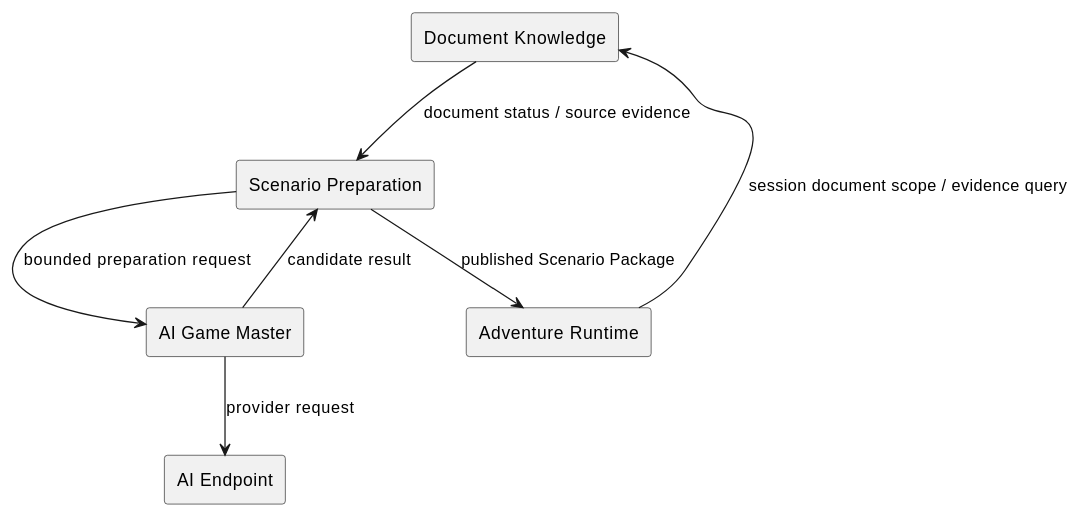
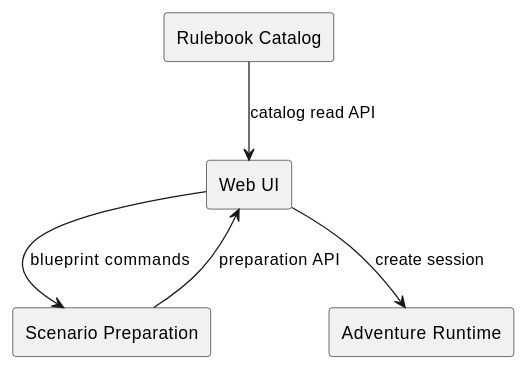
Before and after one commit to omegafrog/dnd-master: the second of 4 diagrams in docs/specs/architecture-spec.md, drawn with PlantUML. The commit also changed other lines of this file and 10 other files, not shown here.

````diff
--- a/docs/specs/architecture-spec.md
+++ b/docs/specs/architecture-spec.md
@@ -139,16 +136,12 @@
 ```plantuml
 @startuml
-rectangle "Document Knowledge" as knowledge
+rectangle "Rulebook Catalog" as catalog
 rectangle "Scenario Preparation" as preparation
+rectangle "Web UI" as ui
 rectangle "Adventure Runtime" as runtime
-rectangle "AI Game Master" as gm
-rectangle "AI Endpoint" as endpoint
-
-knowledge --> preparation : document status / source evidence
-preparation --> runtime : published Scenario Package
-preparation --> gm : bounded preparation request
-gm --> preparation : candidate result
-runtime --> knowledge : session document scope / evidence query
-gm --> endpoint : provider request
+catalog --> ui : catalog read API
+preparation --> ui : preparation API
+ui --> preparation : blueprint commands
+ui --> runtime : create session
 @enduml
 ```
````
